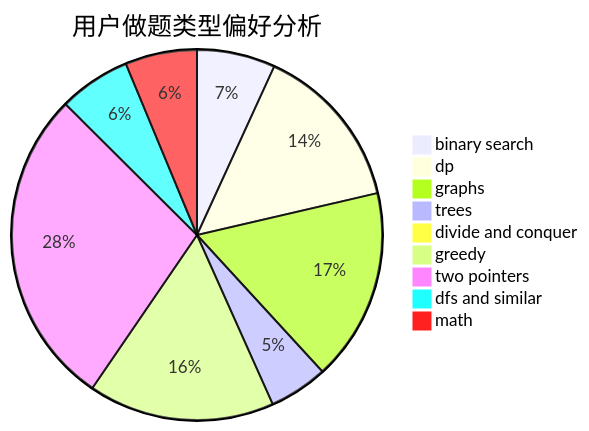
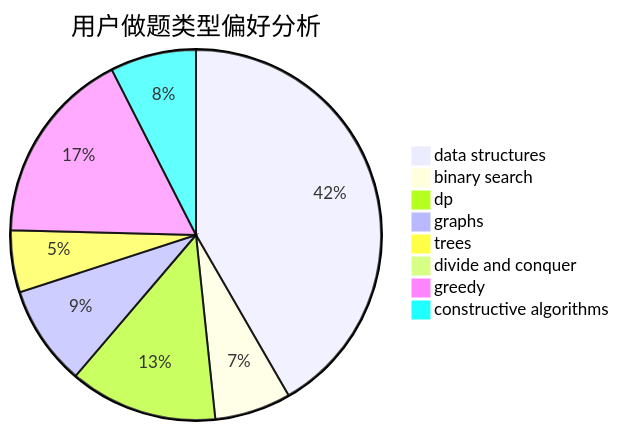
The second of 3 diagrams in docs/user/u2562.md (sherpahu/cfrs.github.io), drawn with Mermaid before and after one commit. The commit also changed other lines of this file and 2775 other files, not shown here.

````diff
--- a/docs/user/u2562.md
+++ b/docs/user/u2562.md
@@ -23,12 +23,11 @@
 ```mermaid
 pie title 用户做题类型偏好分析
-    "binary search" :  24
-    "dp" :  51
-    "graphs" :  59
-    "trees" :  18
-    "divide and conquer" :  1
-    "greedy" :  57
-    "two pointers" :  98
-    "dfs and similar" :  22
-    "math" :  22
+    "data structures" :  100
+    "binary search" :  16
+    "dp" :  31
+    "graphs" :  21
+    "trees" :  13
+    "divide and conquer" :  0
+    "greedy" :  41
+    "constructive algorithms" :  18
 ```
````
